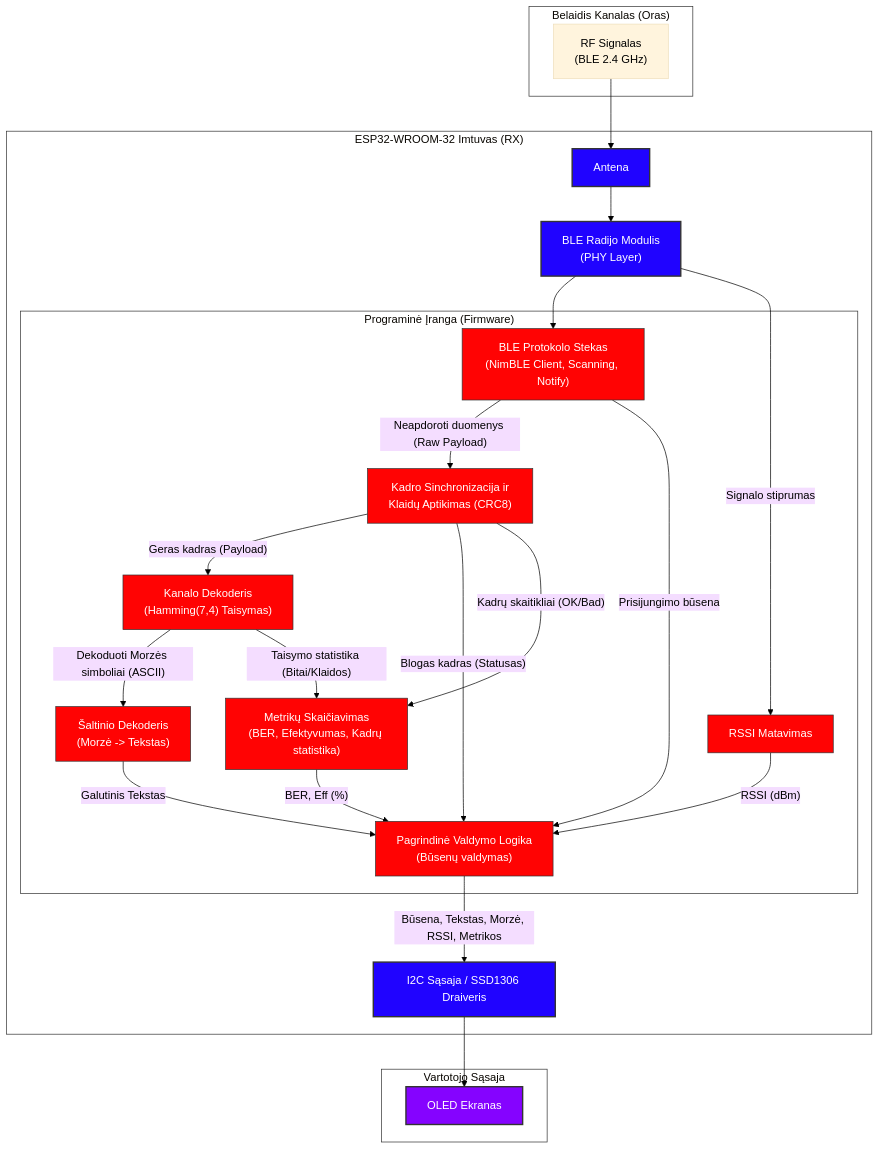
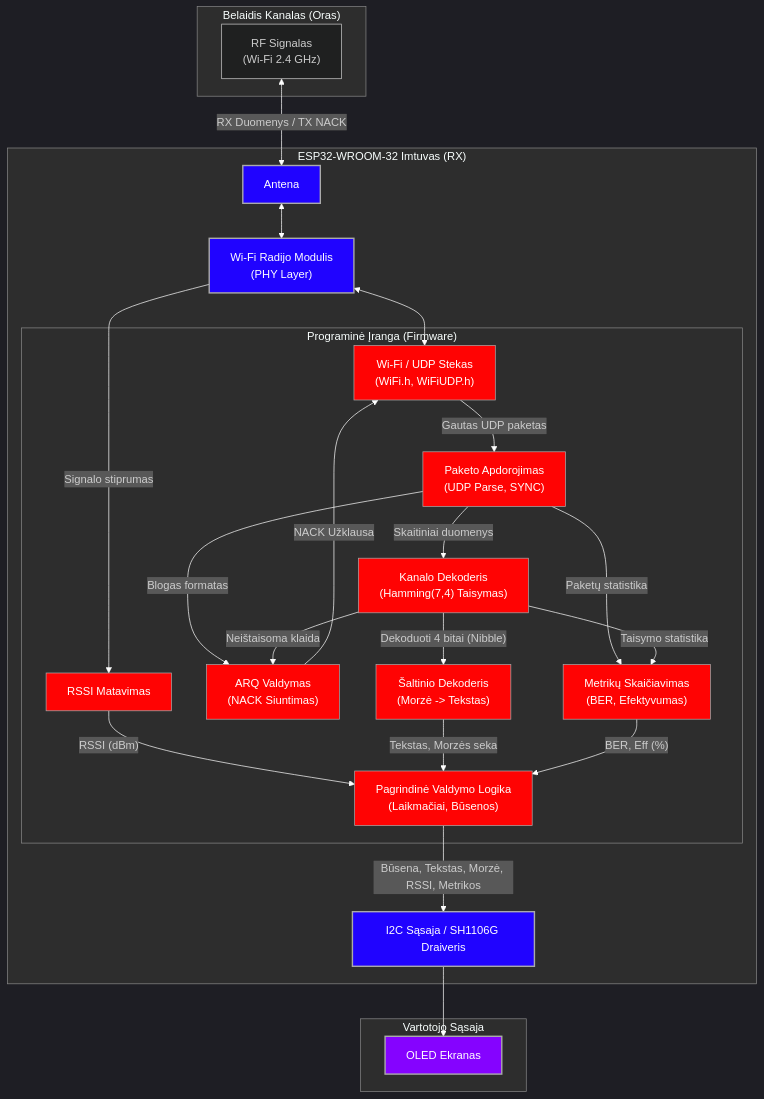
One commit to milkristina/ESP_32_receiver changed the diagram in diagram.mmd. Above: the diagram before and after it, drawn with Mermaid.

```diff
--- a/diagram.mmd
+++ b/diagram.mmd
@@ -1,54 +1,59 @@
-%%{init: {'theme': 'base', 'themeVariables': { 'background': '#ffffff', 'lineColor': '#000000', 'primaryTextColor': '#000000', 'clusterBkg': '#ffffff', 'clusterBorder': '#333333'}}}%%
+%%{init: {'theme': 'dark', 'themeVariables': { 'background': '#1a1a1a', 'lineColor': '#ffffff', 'primaryTextColor': '#ffffff', 'clusterBkg': '#2d2d2d', 'clusterBorder': '#888888'}}}%%
 graph TD
-    classDef hardware fill:#2003ff,stroke:#333333,stroke-width:2px,color:#ffffff;
-    classDef software fill:#ff0303,stroke:#333333,stroke-width:1px,color:#ffffff;
-    classDef output fill:#8503ff,stroke:#333333,stroke-width:2px,color:#ffffff;
+    linkStyle default stroke:#ffffff,color:ffffff;
+    
+    classDef hardware fill:#2003ff,stroke:#aaaaaa,stroke-width:2px,color:#ffffff;
+    classDef software fill:#ff0303,stroke:#aaaaaa,stroke-width:1px,color:#ffffff;
+    classDef output fill:#8503ff,stroke:#aaaaaa,stroke-width:2px,color:#ffffff;
 
     subgraph Oras["Belaidis Kanalas (Oras)"]
-        RF_Signal["RF Signalas<br>(BLE 2.4 GHz)"]
+        RF_Signal["RF Signalas<br>(Wi-Fi 2.4 GHz)"]
     end
 
     subgraph Imtuvas["ESP32-WROOM-32 Imtuvas (RX)"]
         Antenna["Antena"]:::hardware
-        BLE_PHY["BLE Radijo Modulis<br>(PHY Layer)"]:::hardware
+        WiFi_PHY["Wi-Fi Radijo Modulis<br>(PHY Layer)"]:::hardware
 
         subgraph Firmware["Programinė Įranga (Firmware)"]
-            BLE_Stack["BLE Protokolo Stekas<br>(NimBLE Client, Scanning, Notify)"]:::software
+            WiFi_UDP_Stack["Wi-Fi / UDP Stekas<br>(WiFi.h, WiFiUDP.h)"]:::software
             RSSI_Meas["RSSI Matavimas"]:::software
-            Frame_Parser["Kadro Sinchronizacija ir<br>Klaidų Aptikimas (CRC8)"]:::software
+            Packet_Parser["Paketo Apdorojimas<br>(UDP Parse, SYNC)"]:::software
             Hamming_Dec["Kanalo Dekoderis<br>(Hamming(7,4) Taisymas)"]:::software
+            ARQ_Logic["ARQ Valdymas<br>(NACK Siuntimas)"]:::software
             Morse_Dec["Šaltinio Dekoderis<br>(Morzė -> Tekstas)"]:::software
-            Metrics_Calc["Metrikų Skaičiavimas<br>(BER, Efektyvumas, Kadrų statistika)"]:::software
-            Main_Logic["Pagrindinė Valdymo Logika<br>(Būsenų valdymas)"]:::software
+            Metrics_Calc["Metrikų Skaičiavimas<br>(BER, Efektyvumas)"]:::software
+            Main_Logic["Pagrindinė Valdymo Logika<br>(Laikmačiai, Būsenos)"]:::software
         end
 
-        I2C_Driver["I2C Sąsaja / SSD1306 Draiveris"]:::hardware
+        I2C_Driver["I2C Sąsaja / SH1106G Draiveris"]:::hardware
     end
 
     subgraph Vartotojo_Sasaja["Vartotojo Sąsaja"]
         OLED["OLED Ekranas"]:::output
     end
 
-    RF_Signal --> Antenna
-    Antenna --> BLE_PHY
-    BLE_PHY --> BLE_Stack
-    BLE_PHY -- "Signalo stiprumas" --> RSSI_Meas
+    RF_Signal <-->|RX Duomenys / TX NACK| Antenna
+    Antenna <--> WiFi_PHY
+    WiFi_PHY <--> WiFi_UDP_Stack
+    WiFi_PHY -- "Signalo stiprumas" --> RSSI_Meas
 
-    BLE_Stack -- "Neapdoroti duomenys (Raw Payload)" --> Frame_Parser
-    BLE_Stack -- "Prisijungimo būsena" --> Main_Logic
+    WiFi_UDP_Stack -- "Gautas UDP paketas" --> Packet_Parser
     
     RSSI_Meas -- "RSSI (dBm)" --> Main_Logic
     
-    Frame_Parser -- "Geras kadras (Payload)" --> Hamming_Dec
-    Frame_Parser -- "Blogas kadras (Statusas)" --> Main_Logic
-    Frame_Parser -- "Kadrų skaitikliai (OK/Bad)" --> Metrics_Calc
-
-    Hamming_Dec -- "Dekoduoti Morzės simboliai (ASCII)" --> Morse_Dec
-    Hamming_Dec -- "Taisymo statistika (Bitai/Klaidos)" --> Metrics_Calc
+    Packet_Parser -- "Skaitiniai duomenys" --> Hamming_Dec
+    Packet_Parser -- "Blogas formatas" --> ARQ_Logic
+    Packet_Parser -- "Paketų statistika" --> Metrics_Calc
     
-    Morse_Dec -- "Galutinis Tekstas" --> Main_Logic
+    Hamming_Dec -- "Dekoduoti 4 bitai (Nibble)" --> Morse_Dec
+    Hamming_Dec -- "Neištaisoma klaida" --> ARQ_Logic
+    Hamming_Dec -- "Taisymo statistika" --> Metrics_Calc
+    
+    ARQ_Logic -- "NACK Užklausa" --> WiFi_UDP_Stack
+    
+    Morse_Dec -- "Tekstas, Morzės seka" --> Main_Logic
     
     Metrics_Calc -- "BER, Eff (%)" --> Main_Logic
     
     Main_Logic -- "Būsena, Tekstas, Morzė, RSSI, Metrikos" --> I2C_Driver
     I2C_Driver --> OLED
```
